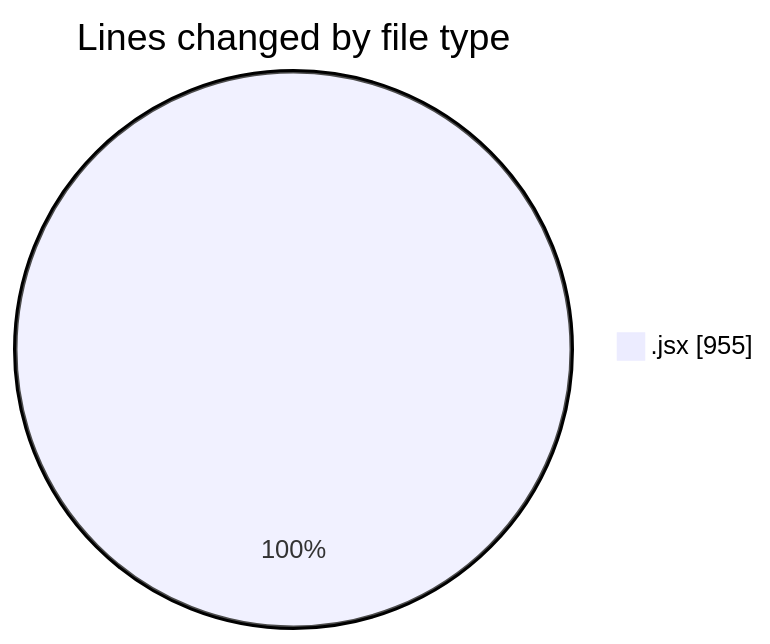
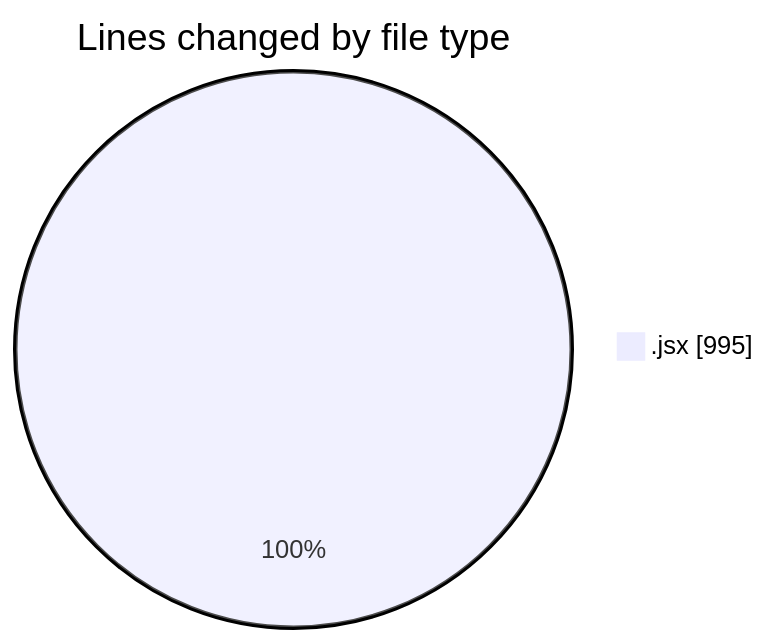
One commit to nxtqubesakshisongat/code-tracking changed the first of 2 diagrams in 2025-05-12/argos-dev/README.md. Above: the diagram before and after it, drawn with Mermaid. The commit also changed other lines of this file and 1 other file, not shown here.

````diff
--- a/2025-05-12/argos-dev/README.md
+++ b/2025-05-12/argos-dev/README.md
@@ -20,5 +21,5 @@
 ```mermaid
 pie showData
 title Lines changed by file type
-".jsx" : 955
+".jsx" : 995
 ```
````
